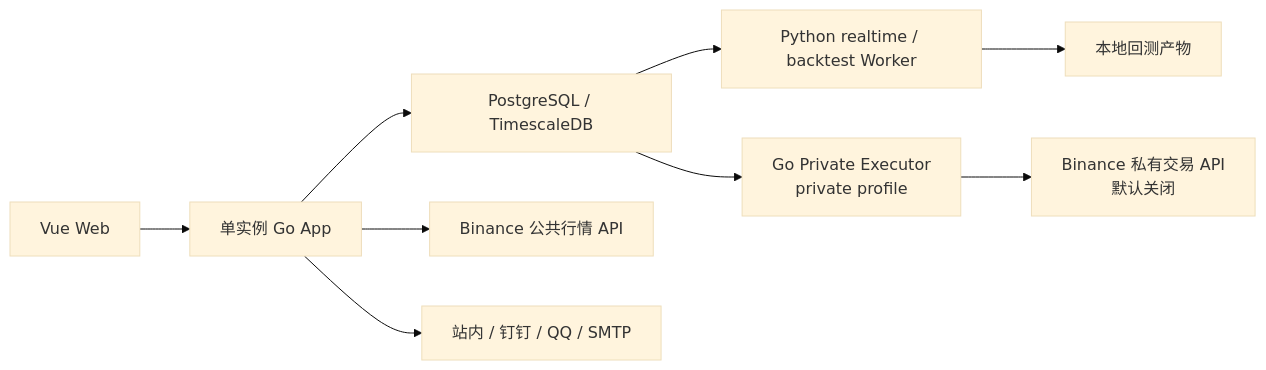
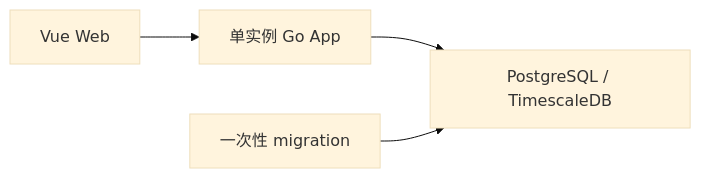
Before and after one commit to CoderLTS/coinsphere-go: the diagram in README.md, drawn with Mermaid (base theme). The commit also changed other lines of this file and 32 other files, not shown here.

````diff
--- a/README.md
+++ b/README.md
@@ -23,11 +20,6 @@
 ```mermaid
 flowchart LR
     WEB["Vue Web"] --> APP["单实例 Go App"]
     APP --> DB["PostgreSQL / TimescaleDB"]
-    APP --> PUBLIC["Binance 公共行情 API"]
-    APP --> CHANNELS["站内 / 钉钉 / QQ / SMTP"]
-    DB --> WORKER["Python realtime / backtest Worker"]
-    DB --> EXECUTOR["Go Private Executor\nprivate profile"]
-    EXECUTOR --> PRIVATE["Binance 私有交易 API\n默认关闭"]
-    WORKER --> ARTIFACTS["本地回测产物"]
+    MIGRATE["一次性 migration"] --> DB
 ```
````
